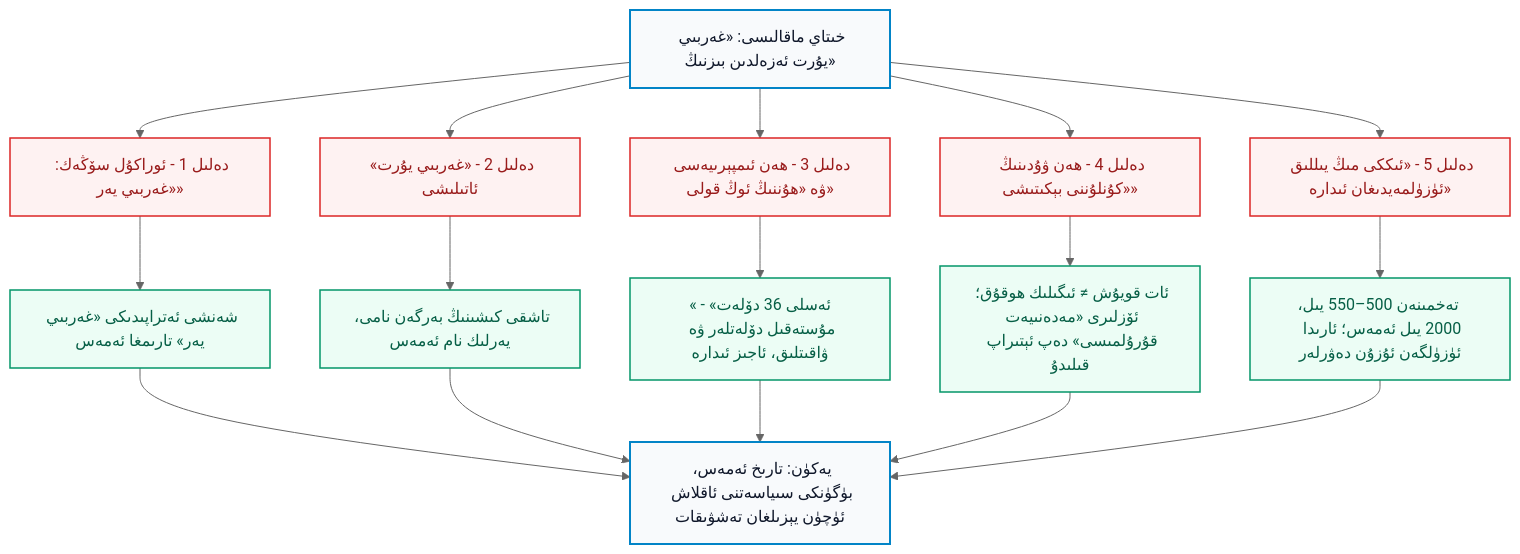
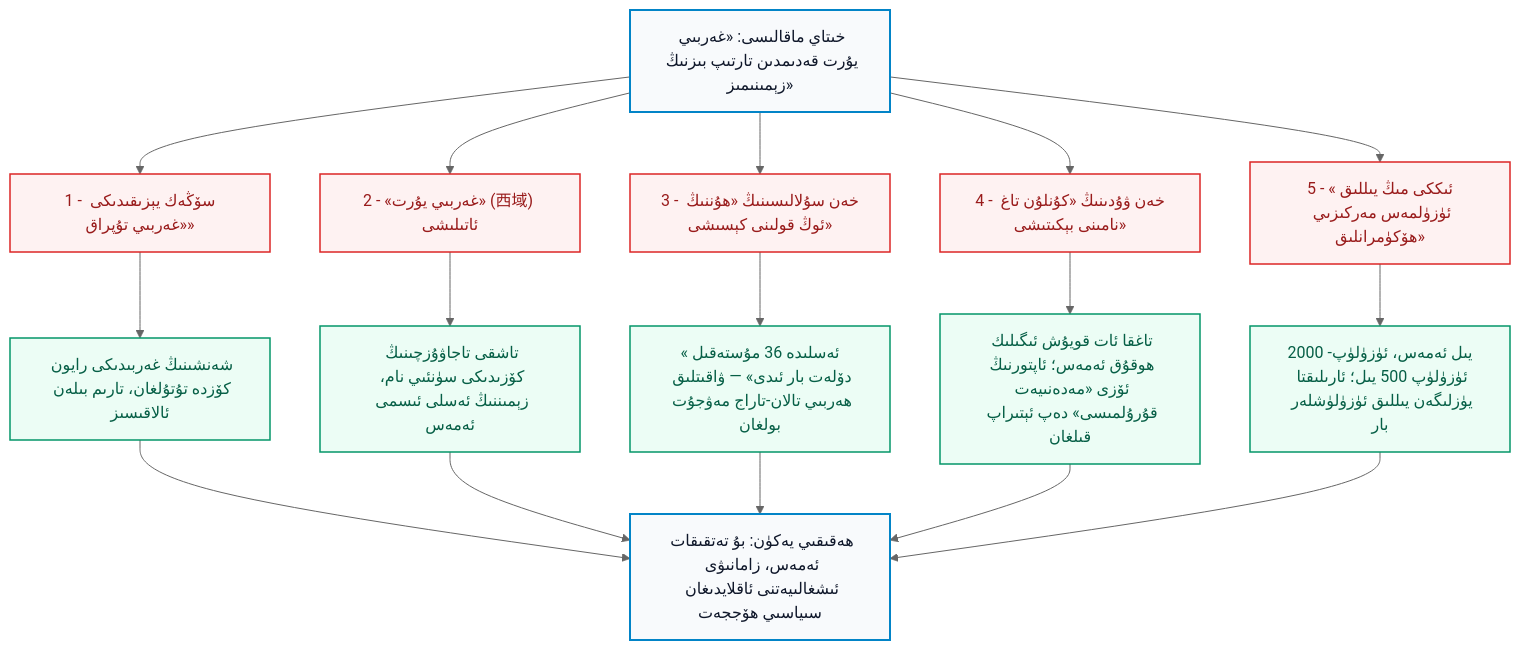
The first of 4 diagrams in _posts/2026-10-25-Kunlun-Medeniyiti-We-Sherqiy-Turkistan-Tarix-Burmilash.md (UyCoder/paydilar), drawn with Mermaid (neutral theme) before and after one commit. The commit also changed other lines of this file and 2 other files, not shown here.

````diff
--- a/_posts/2026-10-25-Kunlun-Medeniyiti-We-Sherqiy-Turkistan-Tarix-Burmilash.md
+++ b/_posts/2026-10-25-Kunlun-Medeniyiti-We-Sherqiy-Turkistan-Tarix-Burmilash.md
@@ -30,23 +34,25 @@
 ```mermaid
 flowchart TD
     classDef claim fill:#fef2f2,stroke:#dc2626,stroke-width:1.5px,color:#991b1b;
     classDef reply fill:#ecfdf5,stroke:#059669,stroke-width:1.5px,color:#065f46;
     classDef root fill:#f8fafc,stroke:#0284c7,stroke-width:2px,color:#0f172a;
 
-    R["خىتاي ماقالىسى: «غەربىي يۇرت ئەزەلدىن بىزنىڭ»"]:::root
-    R --> C1["دەلىل 1 - ئوراكۇل سۆڭەك: «غەربىي يەر»"]:::claim
-    R --> C2["دەلىل 2 - «غەربىي يۇرت» ئاتىلىشى"]:::claim
-    R --> C3["دەلىل 3 - ھەن ئىمپېرىيەسى ۋە «ھۇننىڭ ئوڭ قولى»"]:::claim
-    R --> C4["دەلىل 4 - ھەن ۋۇدىنىڭ «كۇنلۇننى بېكىتىشى»"]:::claim
-    R --> C5["دەلىل 5 - «ئىككى مىڭ يىللىق ئۈزۈلمەيدىغان ئىدارە»"]:::claim
-    C1 --> A1["شەنشى ئەتراپىدىكى «غەربىي يەر» تارىمغا ئەمەس"]:::reply
-    C2 --> A2["تاشقى كىشىنىڭ بەرگەن نامى، يەرلىك نام ئەمەس"]:::reply
-    C3 --> A3["«ئەسلى 36 دۆلەت» - مۇستەقىل دۆلەتلەر ۋە ۋاقىتلىق، ئاجىز ئىدارە"]:::reply
-    C4 --> A4["ئات قويۇش ≠ ئىگىلىك ھوقۇق؛ ئۆزلىرى «مەدەنىيەت قۇرۇلمىسى» دەپ ئېتىراپ قىلىدۇ"]:::reply
-    C5 --> A5["تەخمىنەن 500–550 يىل، 2000 يىل ئەمەس؛ ئارىدا ئۈزۈلگەن ئۇزۇن دەۋرلەر"]:::reply
-    A1 --> Z["يەكۈن: تارىخ ئەمەس، بۈگۈنكى سىياسەتنى ئاقلاش ئۈچۈن يېزىلغان تەشۋىقات"]:::root
+    R["خىتاي ماقالىسى: «غەربىي يۇرت قەدىمدىن تارتىپ بىزنىڭ زېمىنىمىز»"]:::root
+    R --> C1["1 - سۆڭەك يېزىقىدىكى «غەربىي تۇپراق»"]:::claim
+    R --> C2["2 - «غەربىي يۇرت» (西域) ئاتىلىشى"]:::claim
+    R --> C3["3 - خەن سۇلالىسىنىڭ «ھۇننىڭ ئوڭ قولىنى كېسىشى»"]:::claim
+    R --> C4["4 - خەن ۋۇدىنىڭ «كۇنلۇن تاغ نامىنى بېكىتىشى»"]:::claim
+    R --> C5["5 - «ئىككى مىڭ يىللىق ئۈزۈلمەس مەركىزىي ھۆكۈمرانلىق»"]:::claim
+    
+    C1 --> A1["شەنشىنىڭ غەربىدىكى رايون كۆزدە تۇتۇلغان، تارىم بىلەن ئالاقىسىز"]:::reply
+    C2 --> A2["تاشقى تاجاۋۇزچىنىڭ كۆزىدىكى سۈنئىي نام، زېمىننىڭ ئەسلى ئىسمى ئەمەس"]:::reply
+    C3 --> A3["«ئەسلىدە 36 مۇستەقىل دۆلەت بار ئىدى» — ۋاقىتلىق ھەربىي تالان-تاراج مەۋجۇت بولغان"]:::reply
+    C4 --> A4["تاغقا ئات قويۇش ئىگىلىك ھوقۇق ئەمەس؛ ئاپتورنىڭ ئۆزى «مەدەنىيەت قۇرۇلمىسى» دەپ ئېتىراپ قىلغان"]:::reply
+    C5 --> A5["2000 يىل ئەمەس، ئۈزۈلۈپ-ئۈزۈلۈپ 500 يىل؛ ئارىلىقتا يۈزلىگەن يىللىق ئۈزۈلۈشلەر بار"]:::reply
+    
+    A1 --> Z["ھەقىقىي يەكۈن: بۇ تەتقىقات ئەمەس، زامانىۋى ئىشغالىيەتنى ئاقلايدىغان سىياسىي ھۆججەت"]:::root
     A2 --> Z
     A3 --> Z
     A4 --> Z
     A5 --> Z
 ```
````
